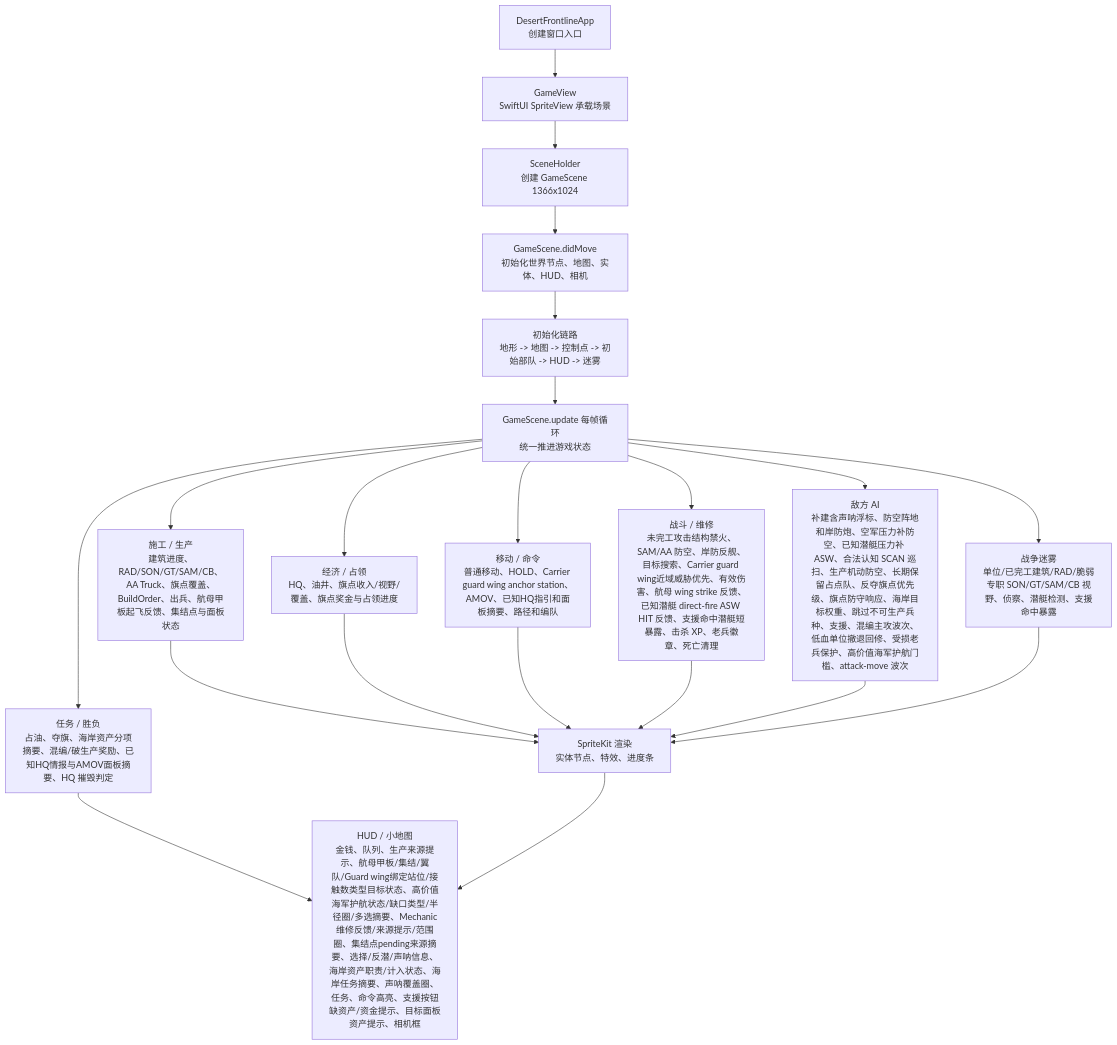
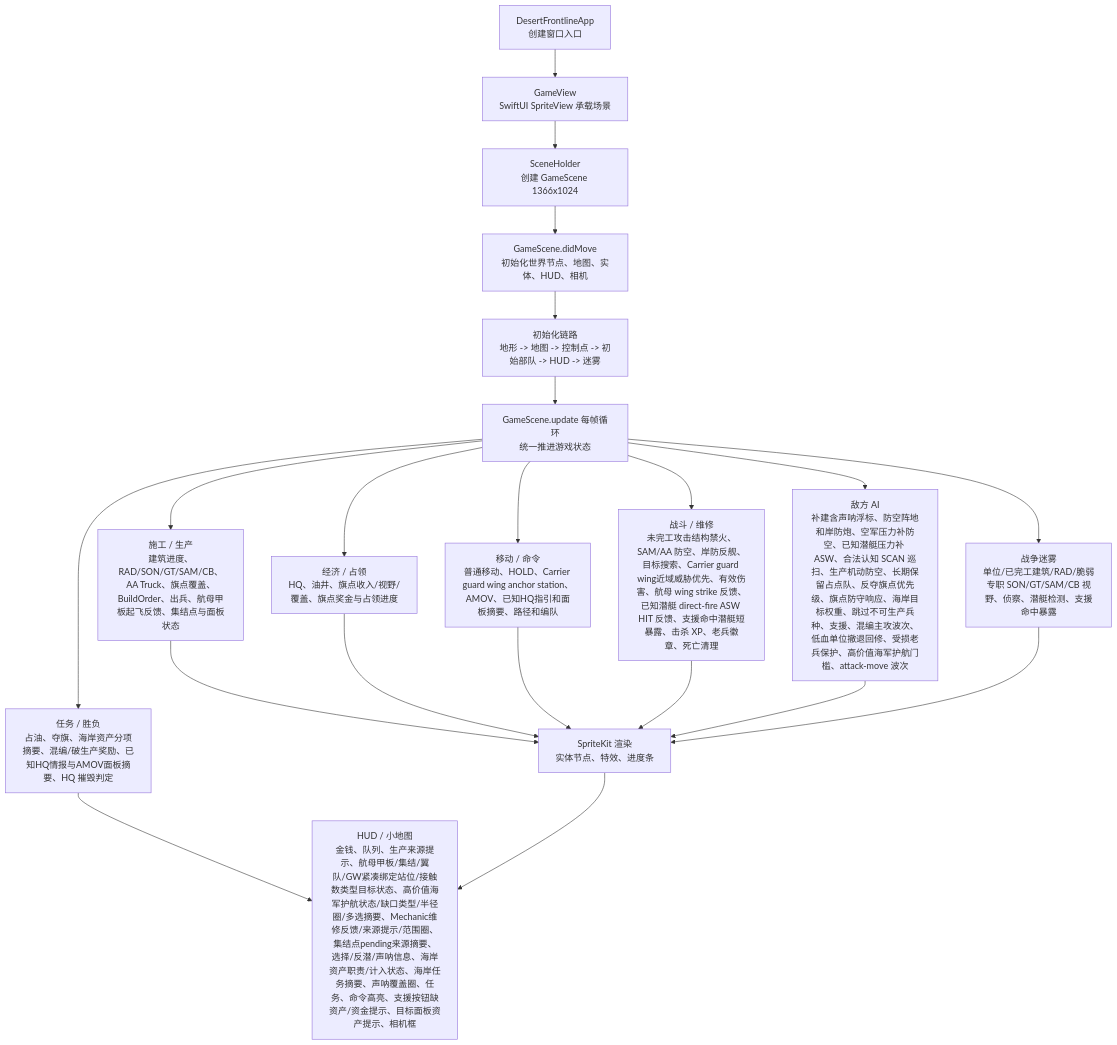
The first of 3 diagrams in md/flow/flowchart.md (Altman-sam114/1145), drawn with Mermaid before and after one commit. The commit also changed 4 other files, not shown here.

````diff
--- a/md/flow/flowchart.md
+++ b/md/flow/flowchart.md
@@ -9,23 +9,23 @@
 ```mermaid
 flowchart TD
   App["DesertFrontlineApp\n创建窗口入口"] --> View["GameView\nSwiftUI SpriteView 承载场景"]
   View --> Holder["SceneHolder\n创建 GameScene 1366x1024"]
   Holder --> Scene["GameScene.didMove\n初始化世界节点、地图、实体、HUD、相机"]
   Scene --> Init["初始化链路\n地形 -> 地图 -> 控制点 -> 初始部队 -> HUD -> 迷雾"]
   Init --> Loop["GameScene.update 每帧循环\n统一推进游戏状态"]
   Loop --> Build["施工 / 生产\n建筑进度、RAD/SON/GT/SAM/CB、AA Truck、旗点覆盖、BuildOrder、出兵、航母甲板起飞反馈、集结点与面板状态"]
   Loop --> Economy["经济 / 占领\nHQ、油井、旗点收入/视野/覆盖、旗点奖金与占领进度"]
   Loop --> Commands["移动 / 命令\n普通移动、HOLD、Carrier guard wing anchor station、AMOV、已知HQ指引和面板摘要、路径和编队"]
   Loop --> Combat["战斗 / 维修\n未完工攻击结构禁火、SAM/AA 防空、岸防反舰、目标搜索、Carrier guard wing近域威胁优先、有效伤害、航母 wing strike 反馈、已知潜艇 direct-fire ASW HIT 反馈、支援命中潜艇短暴露、击杀 XP、老兵徽章、死亡清理"]
   Loop --> AI["敌方 AI\n补建含声呐浮标、防空阵地和岸防炮、空军压力补防空、已知潜艇压力补 ASW、合法认知 SCAN 巡扫、生产机动防空、长期保留占点队、反夺旗点优先级、旗点防守响应、海岸目标权重、跳过不可生产兵种、支援、混编主攻波次、低血单位撤退回修、受损老兵保护、高价值海军护航门槛、attack-move 波次"]
   Loop --> Fog["战争迷雾\n单位/已完工建筑/RAD/脆弱专职 SON/GT/SAM/CB 视野、侦察、潜艇检测、支援命中暴露"]
   Loop --> Mission["任务 / 胜负\n占油、夺旗、海岸资产分项摘要、混编/破生产奖励、已知HQ情报与AMOV面板摘要、HQ 摧毁判定"]
   Build --> Render["SpriteKit 渲染\n实体节点、特效、进度条"]
   Economy --> Render
   Commands --> Render
   Combat --> Render
   AI --> Render
   Fog --> Render
-  Mission --> HUD["HUD / 小地图\n金钱、队列、生产来源提示、航母甲板/集结/翼队/Guard wing绑定站位/接触数类型目标状态、高价值海军护航状态/缺口类型/半径圈/多选摘要、Mechanic维修反馈/来源提示/范围圈、集结点pending来源摘要、选择/反潜/声呐信息、海岸资产职责/计入状态、海岸任务摘要、声呐覆盖圈、任务、命令高亮、支援按钮缺资产/资金提示、目标面板资产提示、相机框"]
+  Mission --> HUD["HUD / 小地图\n金钱、队列、生产来源提示、航母甲板/集结/翼队/GW紧凑绑定站位/接触数类型目标状态、高价值海军护航状态/缺口类型/半径圈/多选摘要、Mechanic维修反馈/来源提示/范围圈、集结点pending来源摘要、选择/反潜/声呐信息、海岸资产职责/计入状态、海岸任务摘要、声呐覆盖圈、任务、命令高亮、支援按钮缺资产/资金提示、目标面板资产提示、相机框"]
   Render --> HUD
 ```
````
